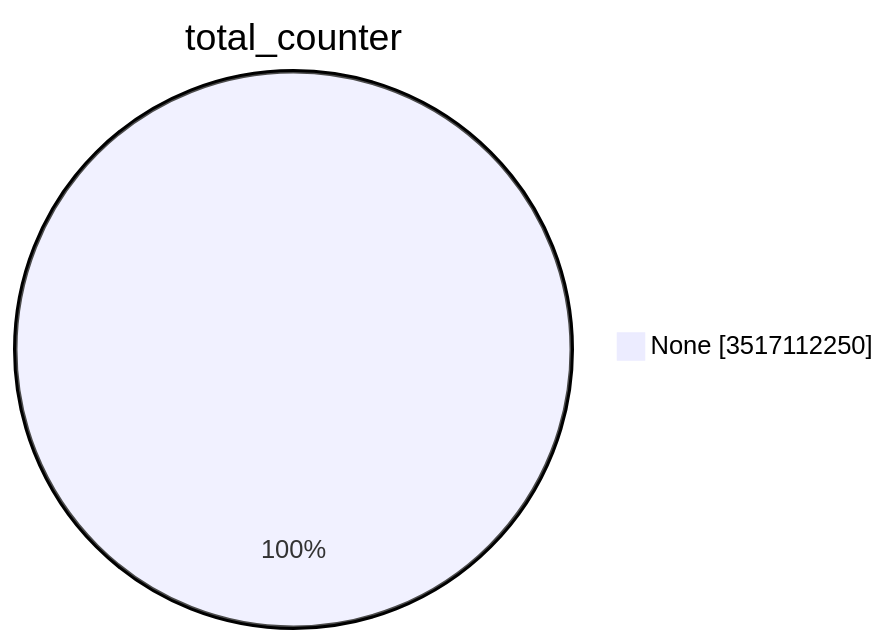
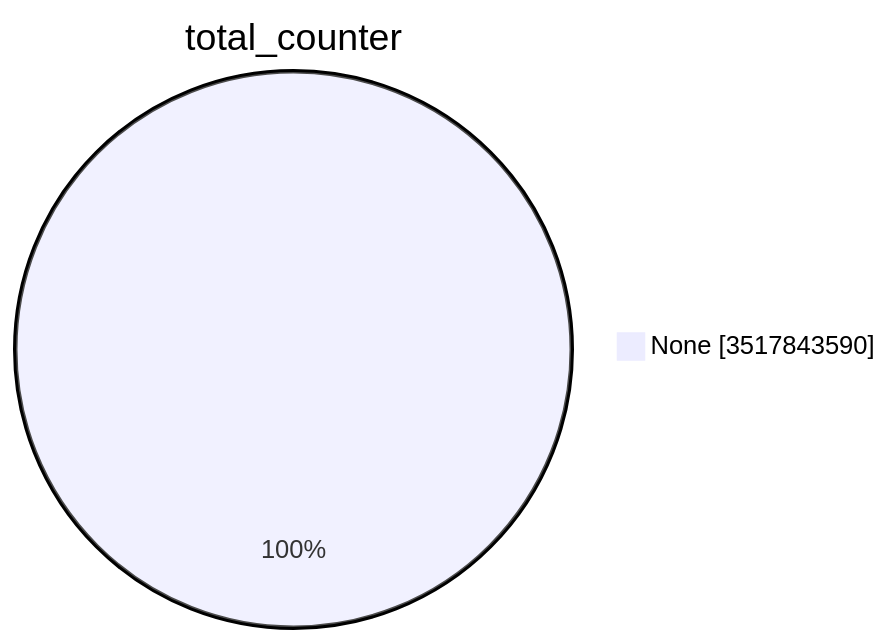
The first of 15 diagrams in TOTAL/README.md (christiankrug/ctmonitor_visualization), drawn with Mermaid before and after one commit. The commit also changed other lines of this file, not shown here.

````diff
--- a/TOTAL/README.md
+++ b/TOTAL/README.md
@@ -1,5 +1,5 @@
 ```mermaid
 pie showData
 title total_counter
-"None" :3517112250
+"None" :3517843590
 ```
````
